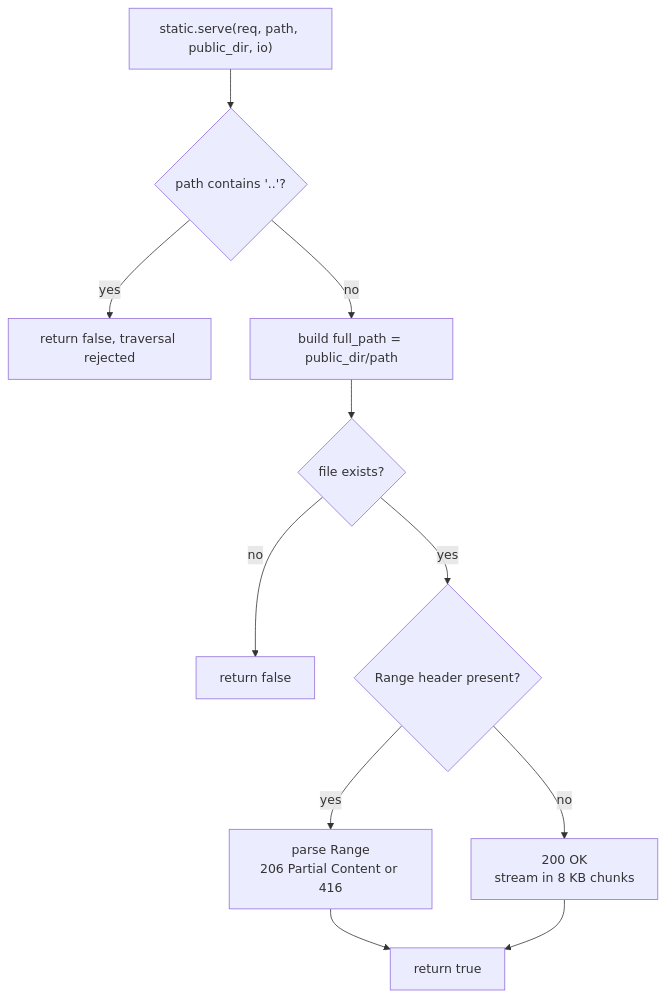
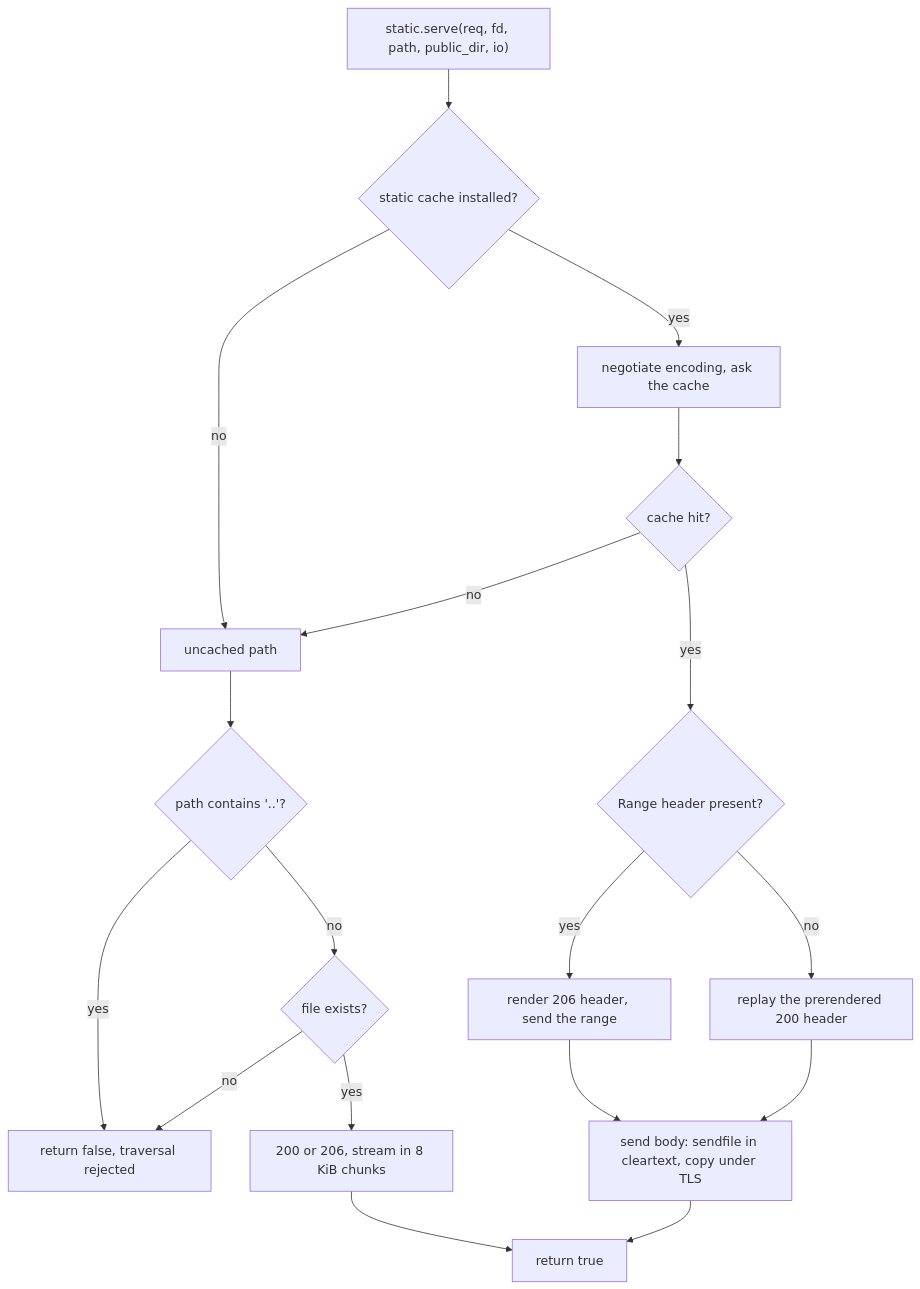
The eighth of 13 diagrams in docs/hld-http-en.md (prothegee/zix), drawn with Mermaid before and after one commit. The commit also changed other lines of this file and 1 other file, not shown here.

Commit message:
update http hld for the static cache

````diff
--- a/docs/hld-http-en.md
+++ b/docs/hld-http-en.md
@@ -475,13 +481,20 @@
 ```mermaid
 flowchart TD
-    A["static.serve(req, path, public_dir, io)"] --> B{"path contains '..'?"}
-    B -->|yes| Z["return false, traversal rejected"]
-    B -->|no| C["build full_path = public_dir/path"]
-    C --> D{"file exists?"}
-    D -->|no| Z2["return false"]
+    A["static.serve(req, fd, path, public_dir, io)"] --> B{"static cache installed?"}
+    B -->|no| N["uncached path"]
+    B -->|yes| C["negotiate encoding, ask the cache"]
+    C --> D{"cache hit?"}
+    D -->|no| N
     D -->|yes| E{"Range header present?"}
-    E -->|yes| F["parse Range\n206 Partial Content or 416"]
-    E -->|no| G["200 OK\nstream in 8 KB chunks"]
-    F --> H["return true"]
-    G --> H
+    E -->|yes| F["render 206 header, send the range"]
+    E -->|no| G["replay the prerendered 200 header"]
+    F --> S["send body: sendfile in cleartext, copy under TLS"]
+    G --> S
+    S --> H["return true"]
+    N --> I{"path contains '..'?"}
+    I -->|yes| Z["return false, traversal rejected"]
+    I -->|no| J{"file exists?"}
+    J -->|no| Z
+    J -->|yes| K["200 or 206, stream in 8 KiB chunks"]
+    K --> H
 ```
````
